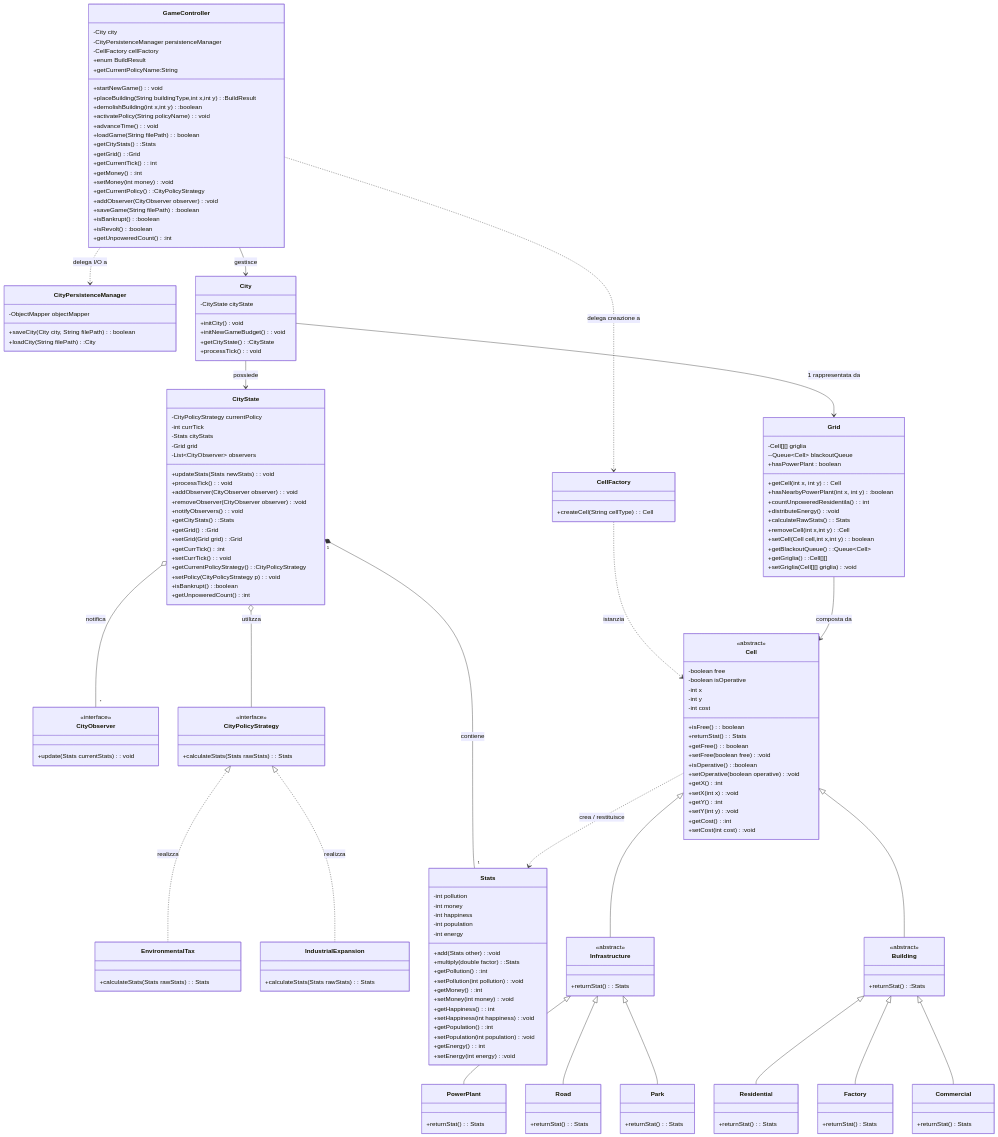
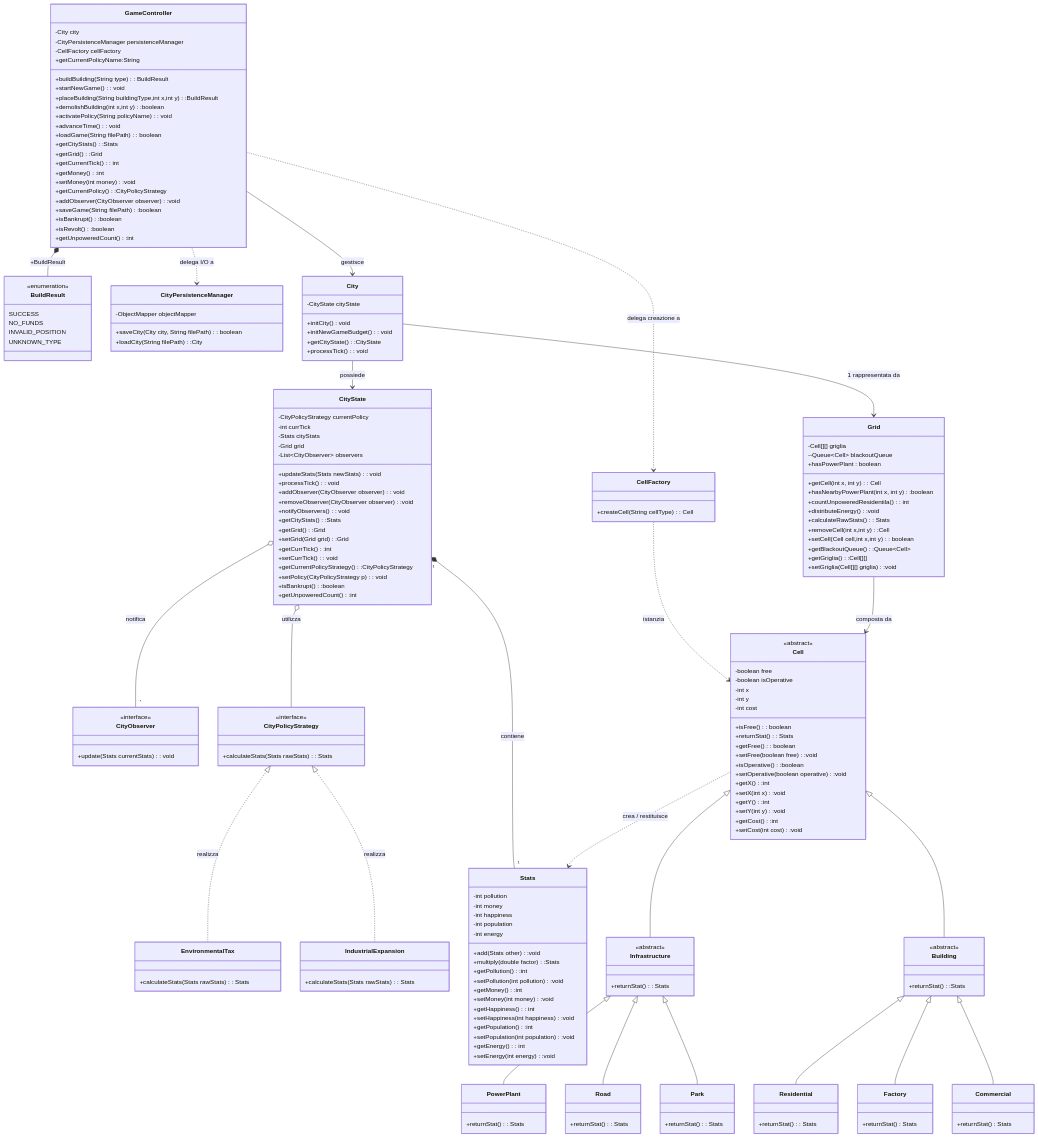
The diagram in docs/DESIGN-CLASS-MODEL/design-class-model.md (andreatoson3-netizen/Amatriciana), drawn with Mermaid before and after one commit.

```diff
--- a/docs/DESIGN-CLASS-MODEL/design-class-model.md
+++ b/docs/DESIGN-CLASS-MODEL/design-class-model.md
@@ -6,11 +6,23 @@
     %% 1. DEFINIZIONE CLASSI E INTERFACCE
     %% ==========================================
 
+   class BuildResult {
+        <<enumeration>>
+        SUCCESS
+        NO_FUNDS
+        INVALID_POSITION
+        UNKNOWN_TYPE
+    }
+
+    %% Questa linea indica che l'enum è annidato / appartiene a GameController
+    GameController *-- BuildResult : +BuildResult
+
+
     class GameController {
         -City city
         -CityPersistenceManager persistenceManager
         -CellFactory cellFactory
-        +enum BuildResult
+        +buildBuilding(String type) : BuildResult
         +startNewGame() : void
         +placeBuilding(String buildingType,int x,int y):BuildResult
         +demolishBuilding(int x,int y):boolean
```
